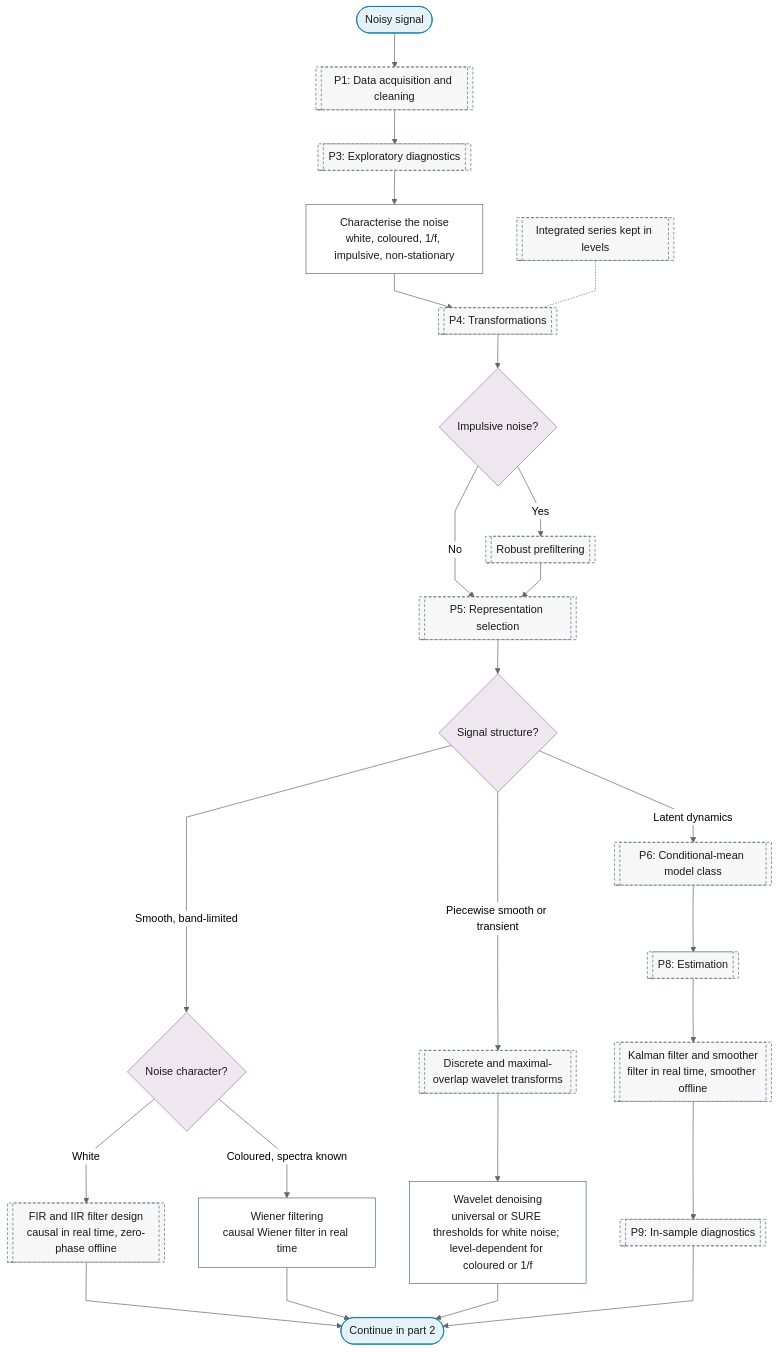
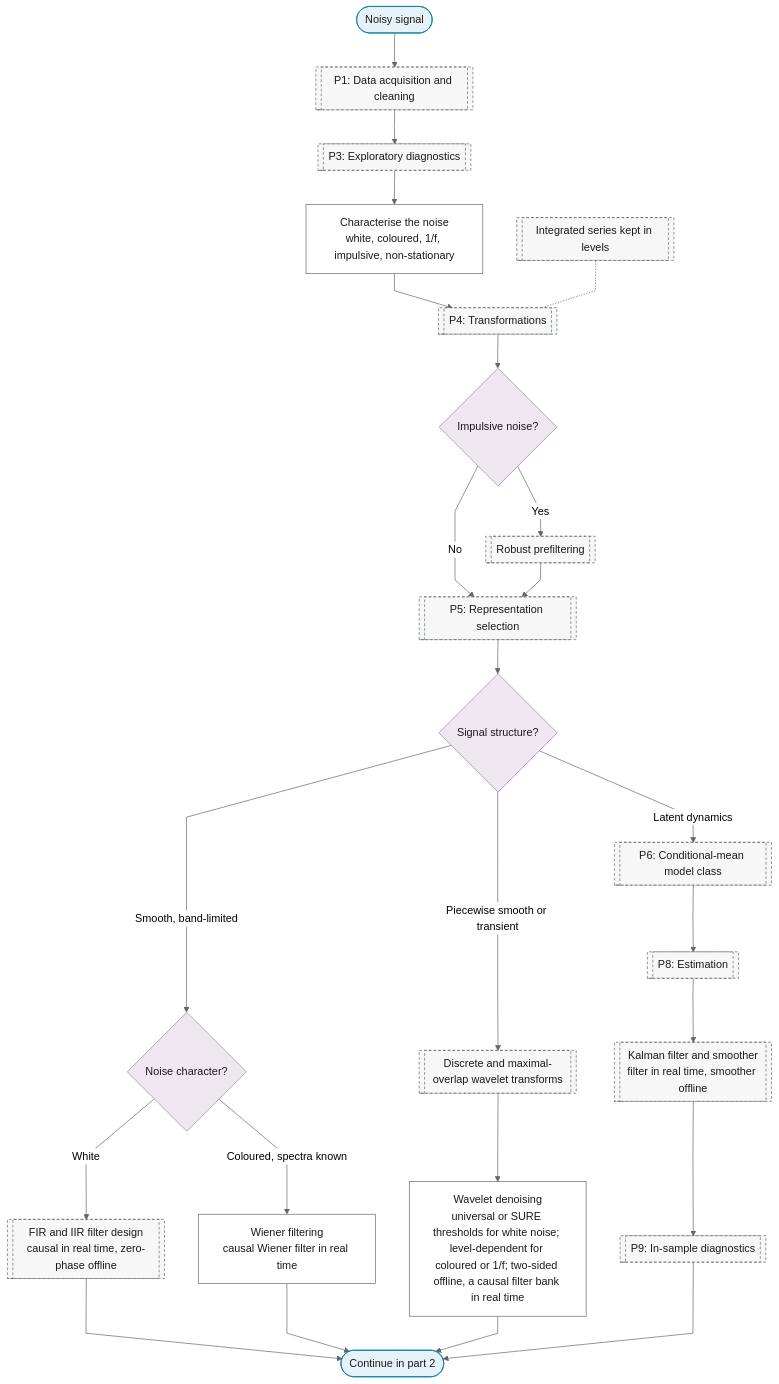
The first of 2 diagrams in docs/01-workflow/p00-purpose/03-signal-extraction.md (Shuxin-Y/time-series-analysis-manual), drawn with Mermaid (neutral theme) before and after one commit. The commit also changed other lines of this file and 20 other files, not shown here.

First line of the commit message:
fix(charts): one placement per purpose leaf; branch table; exits and labels

````diff
--- a/docs/01-workflow/p00-purpose/03-signal-extraction.md
+++ b/docs/01-workflow/p00-purpose/03-signal-extraction.md
@@ -9,36 +9,36 @@
 ```mermaid
 %%{init: {"flowchart": {"curve": "linear"}}}%%
 graph TD
     P0_SE_IN(["Noisy signal"]) --> P1[["P1: Data acquisition and cleaning"]]
     P1 --> P3[["P3: Exploratory diagnostics"]]
     P3 --> P0_SE_NOISE_TYPE["Characterise the noise<br/>white, coloured, 1/f, impulsive, non-stationary"]
     P0_SE_NOISE_TYPE --> P4[["P4: Transformations"]]
     P4 --> P0_SE_IMPULSIVE{"Impulsive noise?"}
     P4_INTEGRATED_LEVELS[["Integrated series kept in levels"]] -.- P4
     P0_SE_IMPULSIVE -->|"Yes"| P4_ROBUST_PREFILTER[["Robust prefiltering"]]
     P0_SE_IMPULSIVE -->|"No"| P5
     P4_ROBUST_PREFILTER --> P5[["P5: Representation selection"]]
     P5 --> P0_SE_STRUCTURE{"Signal structure?"}
     P0_SE_STRUCTURE -->|"Smooth, band-limited"| P0_SE_COLOUR{"Noise character?"}
     P0_SE_STRUCTURE -->|"Piecewise smooth or transient"| P5_TF_DWT[["Discrete and maximal-overlap wavelet transforms"]]
     P0_SE_STRUCTURE -->|"Latent dynamics"| P6[["P6: Conditional-mean model class"]]
     P0_SE_COLOUR -->|"White"| P5_FD_FILTERS[["FIR and IIR filter design<br/>causal in real time, zero-phase offline"]]
     P0_SE_COLOUR -->|"Coloured, spectra known"| P0_SE_WIENER["Wiener filtering<br/>causal Wiener filter in real time"]
-    P5_TF_DWT --> P0_SE_WAVELET_DENOISING["Wavelet denoising<br/>universal or SURE thresholds for white noise; level-dependent for coloured or 1/f"]
+    P5_TF_DWT --> P0_SE_WAVELET_DENOISING["Wavelet denoising<br/>universal or SURE thresholds for white noise; level-dependent for coloured or 1/f; two-sided offline, a causal filter bank in real time"]
     P6 --> P8[["P8: Estimation"]]
     P8 --> P8_KALMAN[["Kalman filter and smoother<br/>filter in real time, smoother offline"]]
     P8_KALMAN --> P9[["P9: In-sample diagnostics"]]
     P5_FD_FILTERS & P0_SE_WIENER & P0_SE_WAVELET_DENOISING & P9 --> P0_SE_TO_PART_2(["Continue in part 2"])
     class P0_SE_IN,P0_SE_TO_PART_2 terminator
     class P0_SE_IMPULSIVE,P0_SE_STRUCTURE,P0_SE_COLOUR decision
     class P0_SE_NOISE_TYPE,P0_SE_WIENER,P0_SE_WAVELET_DENOISING process
     class P1,P3,P4,P4_ROBUST_PREFILTER,P5,P5_TF_DWT,P6,P5_FD_FILTERS,P8,P8_KALMAN,P9,P4_INTEGRATED_LEVELS ref
     classDef terminator fill:#E6F2F7,stroke:#007BA7,color:#1A1A1A;
     classDef process fill:#FFFFFF,stroke:#5A6B73,color:#1A1A1A;
     classDef decision fill:#EFE7F0,stroke:#9B7FA7,color:#1A1A1A;
     classDef data fill:#FFF4E0,stroke:#C9A55E,color:#1A1A1A;
     classDef good fill:#DCEFD8,stroke:#4A7A3F,color:#1A1A1A;
     classDef escalate fill:#FFE9C2,stroke:#C9A55E,color:#1A1A1A;
     classDef problem fill:#F2D9DE,stroke:#800020,color:#1A1A1A;
     classDef ref fill:#F7F7F7,stroke:#5A6B73,color:#1A1A1A,stroke-dasharray:4 3;
 ```
````
